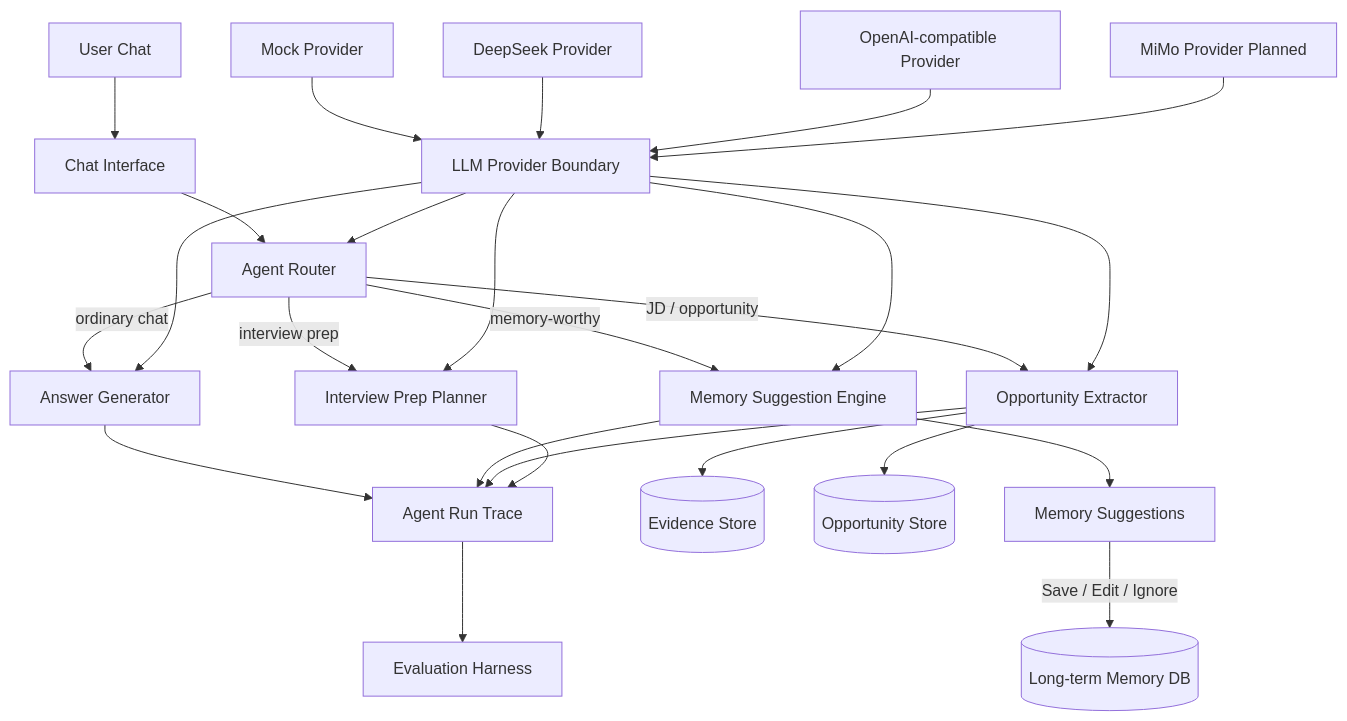
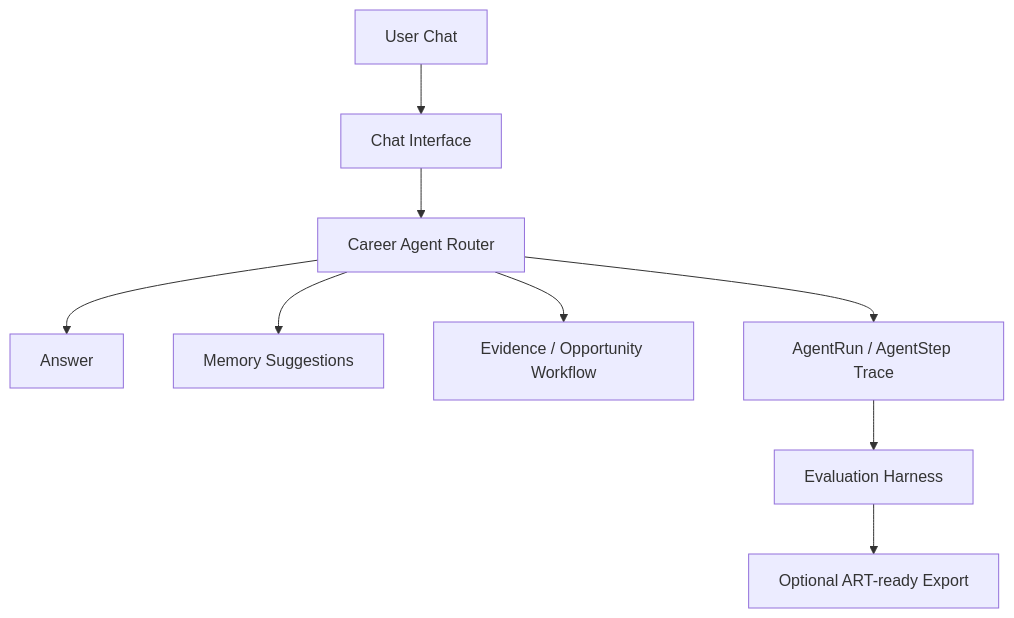
Before and after one commit to QingyangJiang/career-memory-agent-public: the diagram in README.md, drawn with Mermaid. The commit also changed other lines of this file and 10 other files, not shown here.

````diff
--- a/README.md
+++ b/README.md
@@ -209,34 +194,11 @@
 ```mermaid
 flowchart TD
     U[User Chat] --> C[Chat Interface]
-
-    C --> R[Agent Router]
-    R -->|ordinary chat| A[Answer Generator]
-    R -->|memory-worthy| M[Memory Suggestion Engine]
-    R -->|JD / opportunity| O[Opportunity Extractor]
-    R -->|interview prep| P[Interview Prep Planner]
-
-    M --> MS[Memory Suggestions]
-    MS -->|Save / Edit / Ignore| LM[(Long-term Memory DB)]
-
-    O --> E[(Evidence Store)]
-    O --> OP[(Opportunity Store)]
-
-    A --> T[Agent Run Trace]
-    M --> T
-    O --> T
-    P --> T
-
+    C --> R[Career Agent Router]
+    R --> A[Answer]
+    R --> M[Memory Suggestions]
+    R --> E[Evidence / Opportunity Workflow]
+    R --> T[AgentRun / AgentStep Trace]
     T --> EV[Evaluation Harness]
-
-    LLM[LLM Provider Boundary] --> R
-    LLM --> A
-    LLM --> M
-    LLM --> O
-    LLM --> P
-
-    MP[Mock Provider] --> LLM
-    DP[DeepSeek Provider] --> LLM
-    OAI[OpenAI-compatible Provider] --> LLM
-    MIMO[MiMo Provider Planned] --> LLM
+    EV --> ART[Optional ART-ready Export]
 ```
````
